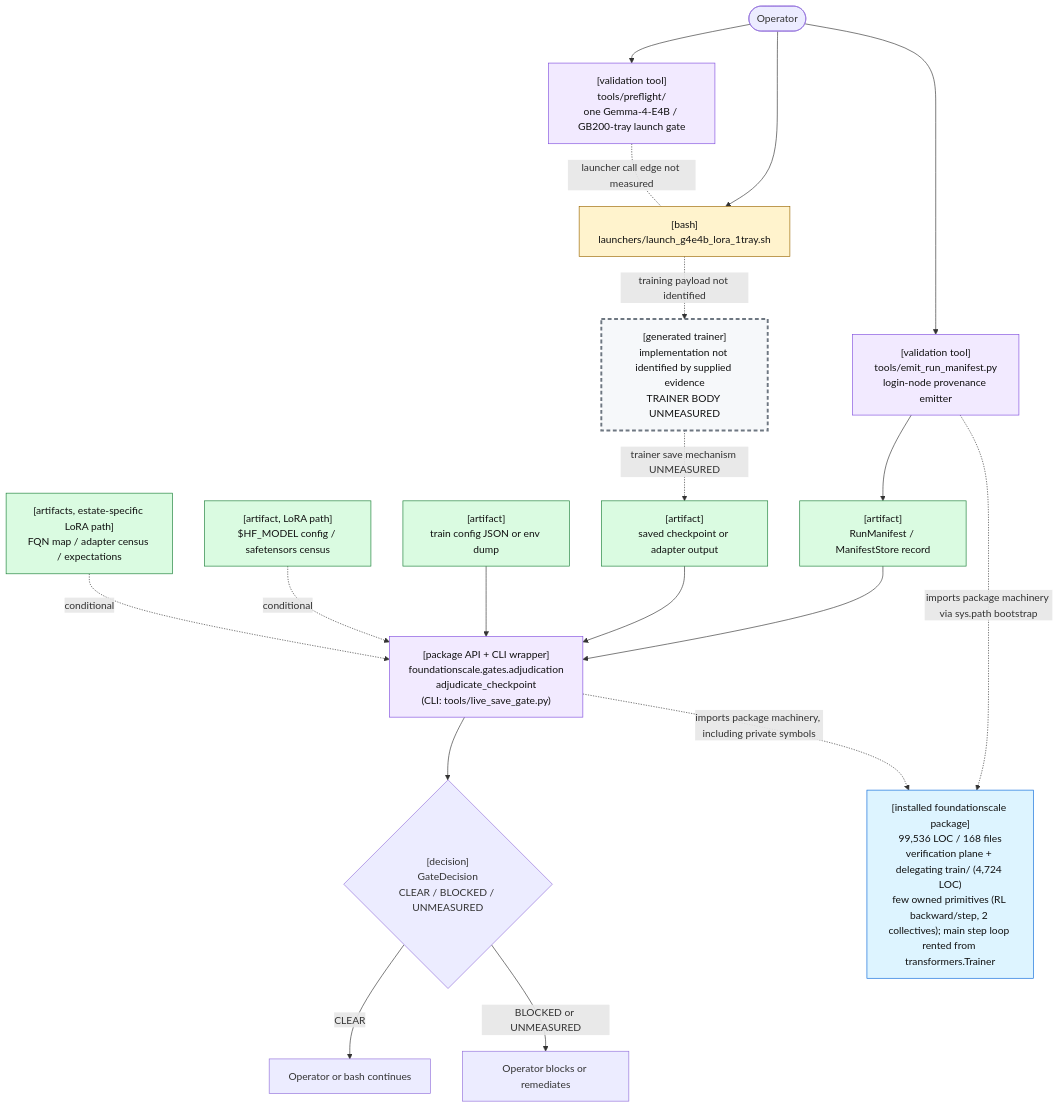
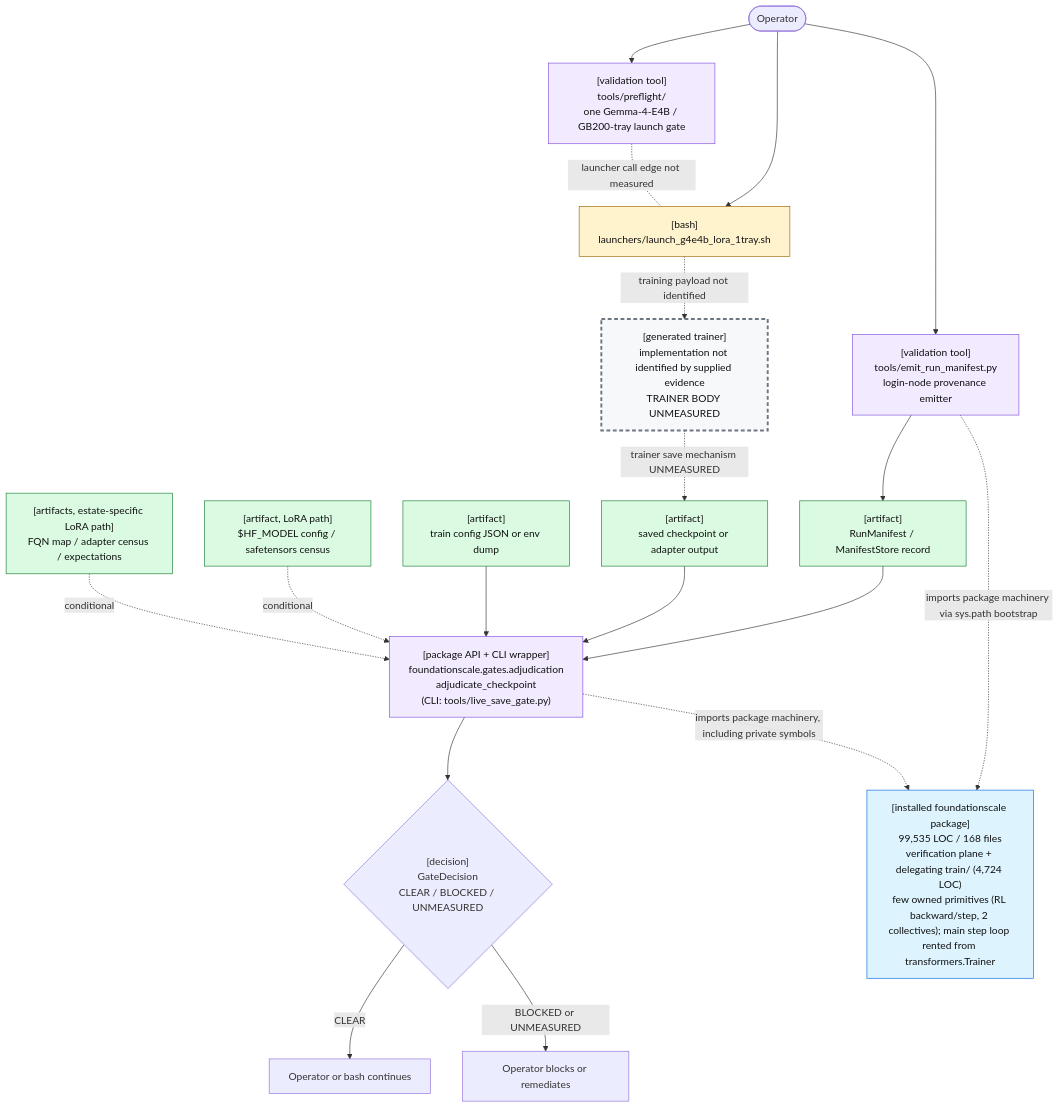
Before and after one commit to TranNhiem/FoundationScale: the first of 2 diagrams in docs/review/D2_current_architecture.md, drawn with Mermaid. The commit also changed other lines of this file and 10 other files, not shown here.

````diff
--- a/docs/review/D2_current_architecture.md
+++ b/docs/review/D2_current_architecture.md
@@ -25,59 +25,59 @@
 ```mermaid
 flowchart TB
   O(["Operator"])
 
   PF["[validation tool]<br/>tools/preflight/<br/>one Gemma-4-E4B / GB200-tray launch gate"]
   L["[bash]<br/>launchers/launch_g4e4b_lora_1tray.sh"]
 
   E["[validation tool]<br/>tools/emit_run_manifest.py<br/>login-node provenance emitter"]
   M["[artifact]<br/>RunManifest / ManifestStore record"]
 
   T["[generated trainer]<br/>implementation not identified by supplied evidence<br/>TRAINER BODY UNMEASURED"]
   C["[artifact]<br/>saved checkpoint or adapter output"]
 
   G["[package API + CLI wrapper]<br/>foundationscale.gates.adjudication<br/>adjudicate_checkpoint<br/>(CLI: tools/live_save_gate.py)"]
   CFG["[artifact]<br/>train config JSON or env dump"]
   BASE["[artifact, LoRA path]<br/>$HF_MODEL config / safetensors census"]
   CEN["[artifacts, estate-specific LoRA path]<br/>FQN map / adapter census / expectations"]
 
   D{"[decision]<br/>GateDecision<br/>CLEAR / BLOCKED / UNMEASURED"}
   OK["Operator or bash continues"]
   NO["Operator blocks or remediates"]
 
-  PKG["[installed foundationscale package]<br/>99,536 LOC / 168 files<br/>verification plane + delegating train/ (4,724 LOC)<br/>few owned primitives (RL backward/step, 2 collectives); main step loop rented from transformers.Trainer"]
+  PKG["[installed foundationscale package]<br/>99,535 LOC / 168 files<br/>verification plane + delegating train/ (4,724 LOC)<br/>few owned primitives (RL backward/step, 2 collectives); main step loop rented from transformers.Trainer"]
 
   O --> PF
   O --> L
   PF -. "launcher call edge not measured" .- L
 
   O --> E
   E --> M
 
   L -. "training payload not identified" .-> T
   T -. "trainer save mechanism UNMEASURED" .-> C
 
   M --> G
   C --> G
   CFG --> G
   BASE -. "conditional" .-> G
   CEN -. "conditional" .-> G
 
   E -. "imports package machinery via sys.path bootstrap" .-> PKG
   G -. "imports package machinery, including private symbols" .-> PKG
 
   G --> D
   D -->|"CLEAR"| OK
   D -->|"BLOCKED or UNMEASURED"| NO
 
   classDef bash fill:#fff3cd,stroke:#9a6700,color:#111;
   classDef tool fill:#f2eaff,stroke:#8250df,color:#111;
   classDef artifact fill:#dafbe1,stroke:#1a7f37,color:#111;
   classDef gap fill:#f6f8fa,stroke:#6e7781,stroke-width:3px,stroke-dasharray: 6 4,color:#111;
   classDef pkg fill:#ddf4ff,stroke:#0969da,color:#111;
 
   class L bash;
   class PF,E,G tool;
   class M,C,CFG,BASE,CEN artifact;
   class T gap;
   class PKG pkg;
 ```
````
